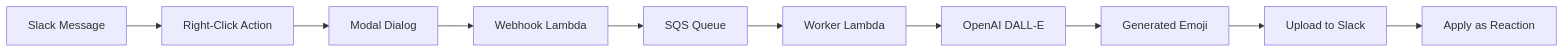
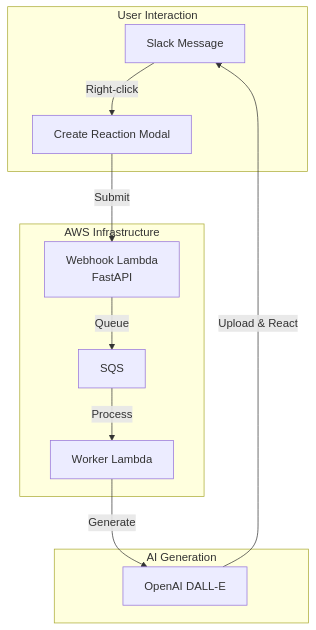
One commit to willtech3/emoji-smith changed the diagram in README.md. Above: the diagram before and after it, drawn with Mermaid.

Commit message:
docs(readme): simplify architecture diagram for better readability
- Converted linear flow to grouped vertical layout
- Added subgraphs to organize components by concern (User/AWS/AI)
- Made connections more concise with labeled arrows
- Reduced from 10 nodes to 6 for clearer overview

🤖 Generated with [Claude Code](https://claude.ai/code)

````diff
--- a/README.md
+++ b/README.md
@@ -19,12 +19,17 @@
 ```mermaid
-graph LR
-    A[Slack Message] --> B[Right-Click Action]
-    B --> C[Modal Dialog]
-    C --> D[Webhook Lambda]
-    D --> E[SQS Queue]
-    E --> F[Worker Lambda]
-    F --> G[OpenAI DALL-E]
-    G --> H[Generated Emoji]
-    H --> I[Upload to Slack]
-    I --> J[Apply as Reaction]
+graph TB
+    subgraph "User Interaction"
+        A[Slack Message] -->|Right-click| B[Create Reaction Modal]
+    end
+    
+    subgraph "AWS Infrastructure"
+        B -->|Submit| C[Webhook Lambda<br/>FastAPI]
+        C -->|Queue| D[SQS]
+        D -->|Process| E[Worker Lambda]
+    end
+    
+    subgraph "AI Generation"
+        E -->|Generate| F[OpenAI DALL-E]
+        F -->|Upload & React| A
+    end
 ```
````
